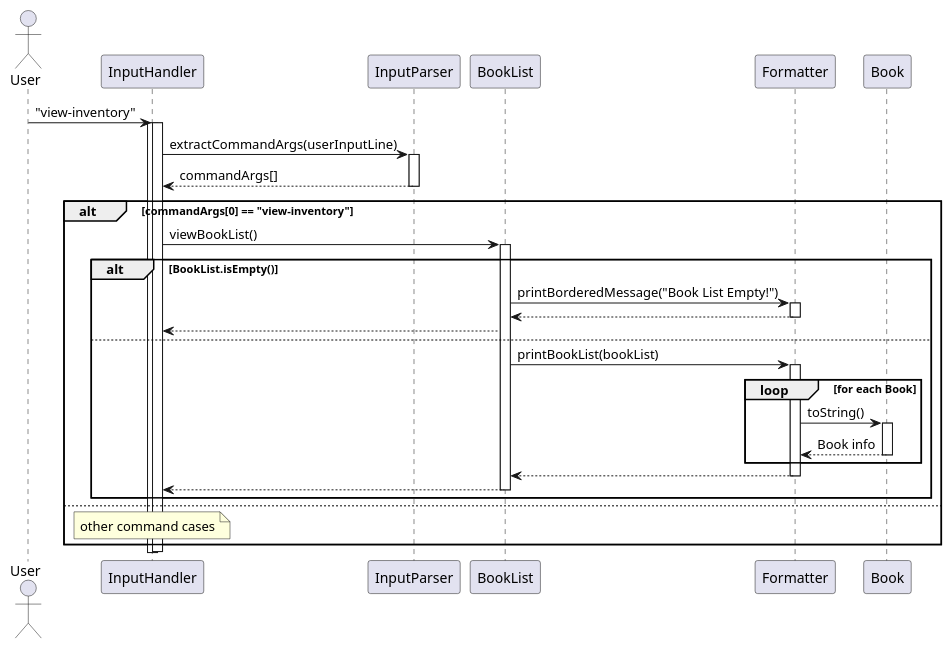
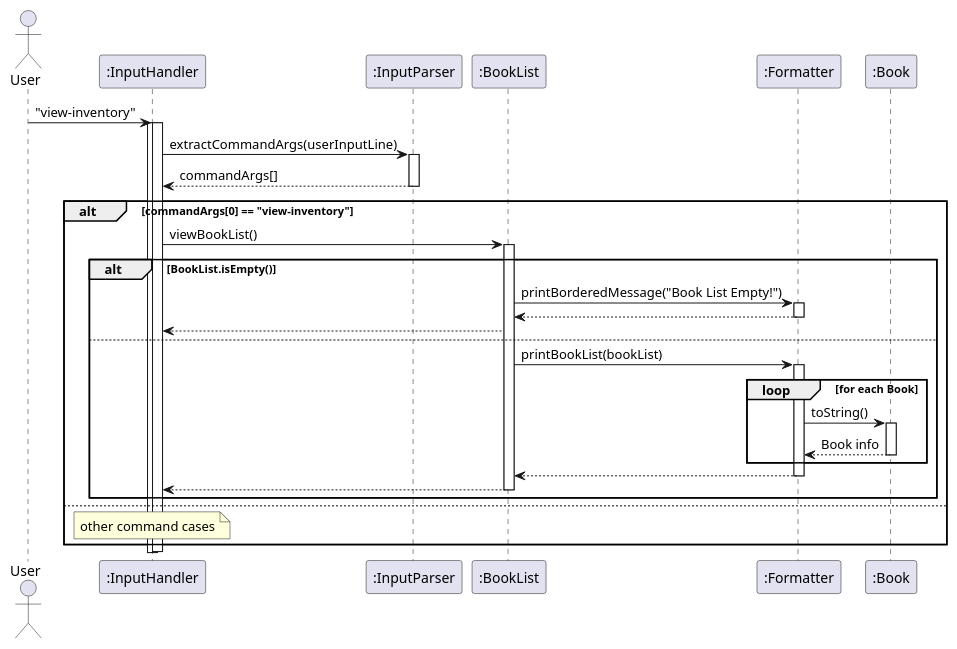
One commit to AY2425S2-CS2113-T12-2/tp changed the diagram in docs/diagrams/viewInventory.puml. Above: the diagram before and after it, drawn with PlantUML. The commit also changed 19 other files, not shown here.

```diff
--- a/docs/diagrams/viewInventory.puml
+++ b/docs/diagrams/viewInventory.puml
@@ -1,48 +1,48 @@
 @startuml
 actor User
-participant InputHandler
-participant InputParser
-participant BookList
-participant Formatter
-participant Book
+participant InputHandler as ":InputHandler"
+participant InputParser as ":InputParser"
+participant BookList as ":BookList"
+participant Formatter as ":Formatter"
+participant Book as ":Book"
 
 
 User -> InputHandler: "view-inventory"
 activate InputHandler
     activate InputHandler
     InputHandler -> InputParser: extractCommandArgs(userInputLine)
     activate InputParser
     InputParser --> InputHandler: commandArgs[]
     deactivate InputParser
     alt commandArgs[0] == "view-inventory"
         InputHandler -> BookList: viewBookList()
         activate BookList
         alt BookList.isEmpty() 
             BookList -> Formatter : printBorderedMessage("Book List Empty!")
             activate Formatter
             Formatter --> BookList
             deactivate Formatter
             BookList --> InputHandler
         else
 
             BookList -> Formatter: printBookList(bookList)
             activate Formatter
                 loop for each Book
                     Formatter -> Book: toString()
                     activate Book
                     Book --> Formatter: Book info
                     deactivate Book
                 end
             Formatter --> BookList
             deactivate Formatter
         BookList --> InputHandler
         deactivate BookList
         end
     else
     note over InputHandler
     other command cases
     end note
 end
 deactivate InputHandler
 
 @enduml
```
